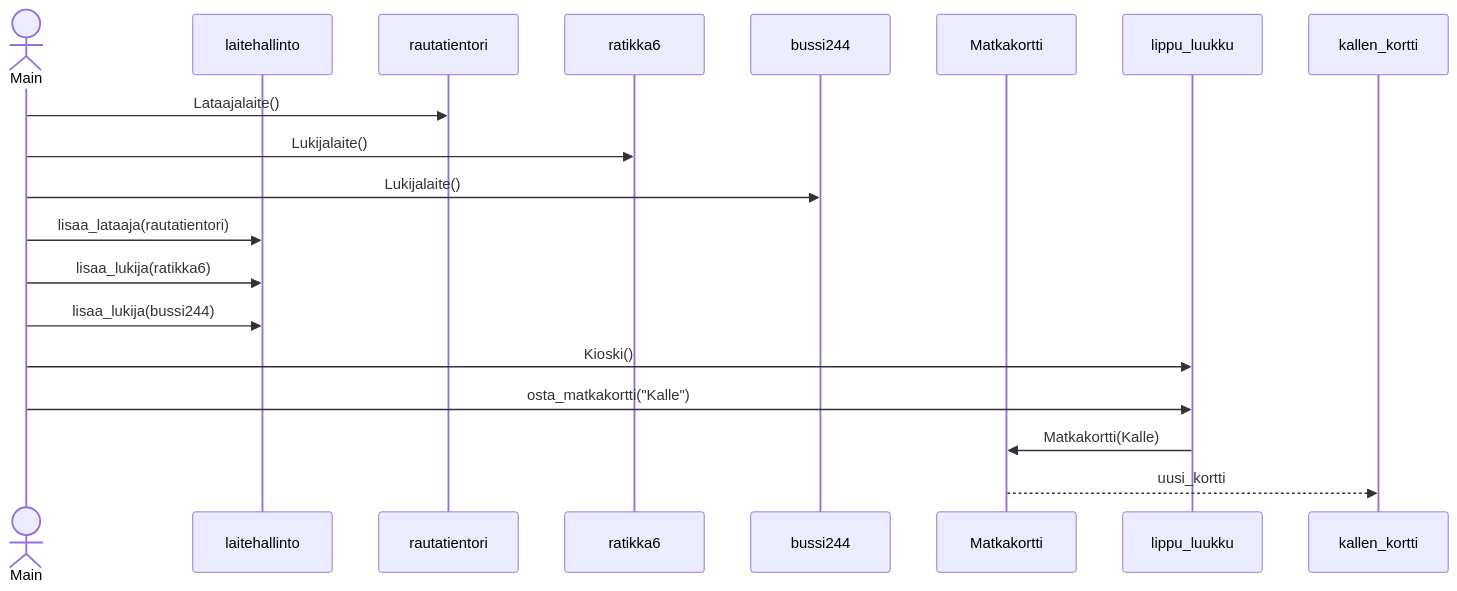
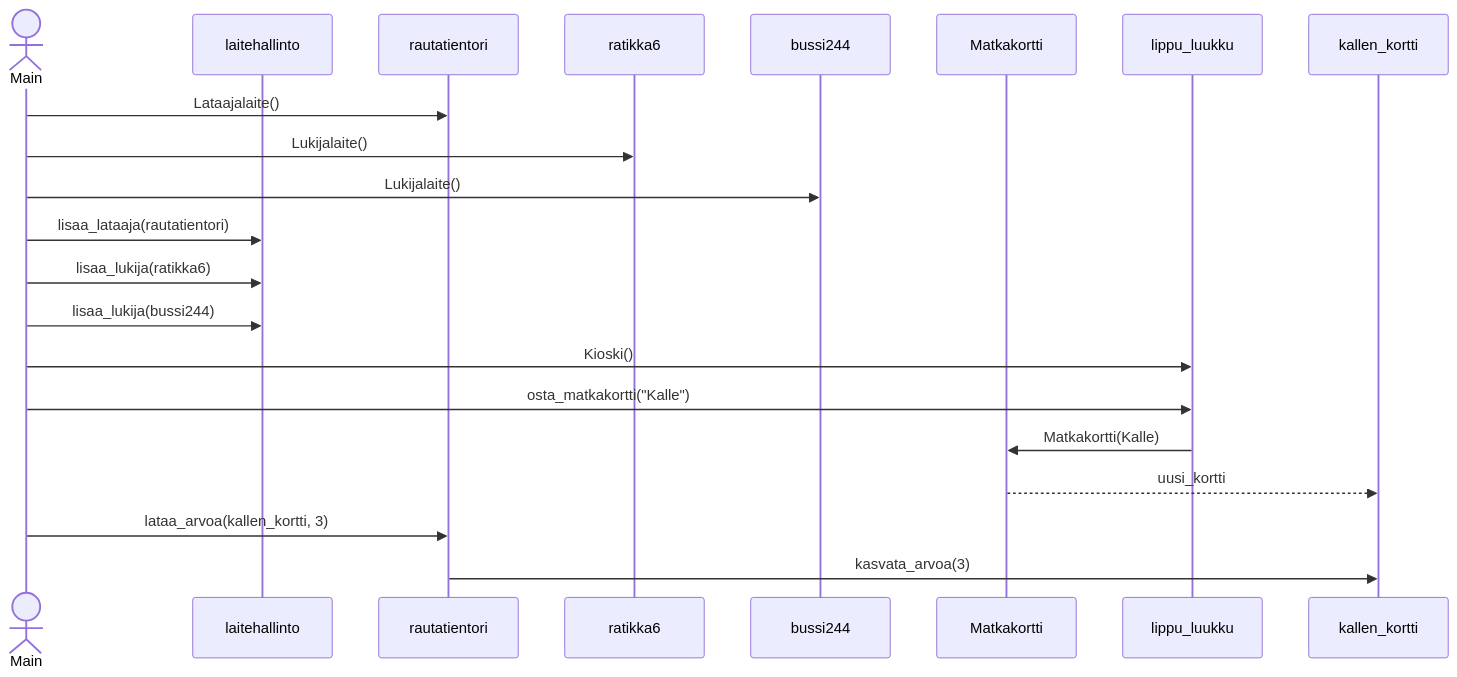
Before and after one commit to Germuu/ot-harjoitusty-: the diagram in laskarit/viikko3/sekvenssikaavio.md, drawn with Mermaid.

````diff
--- a/laskarit/viikko3/sekvenssikaavio.md
+++ b/laskarit/viikko3/sekvenssikaavio.md
@@ -1,28 +1,32 @@
 ```mermaid
 sequenceDiagram
   actor Main
   participant laitehallinto
   participant rautatientori
   participant ratikka6
   participant bussi244
   participant Matkakortti
   
   Main ->> rautatientori : Lataajalaite()
   Main ->> ratikka6: Lukijalaite()
   Main ->> bussi244: Lukijalaite()
 
   Main ->> laitehallinto : lisaa_lataaja(rautatientori)
   Main ->> laitehallinto : lisaa_lukija(ratikka6)
   Main ->> laitehallinto : lisaa_lukija(bussi244)
 
   Main ->> lippu_luukku : Kioski()
   Main ->> lippu_luukku : osta_matkakortti("Kalle")
   lippu_luukku ->> Matkakortti : Matkakortti(Kalle)
   Matkakortti -->> kallen_kortti : uusi_kortti
+
+  Main ->> rautatientori : lataa_arvoa(kallen_kortti, 3)
+  rautatientori ->> kallen_kortti : kasvata_arvoa(3)
+  
   
 
   
   
 
  
 ```
````
